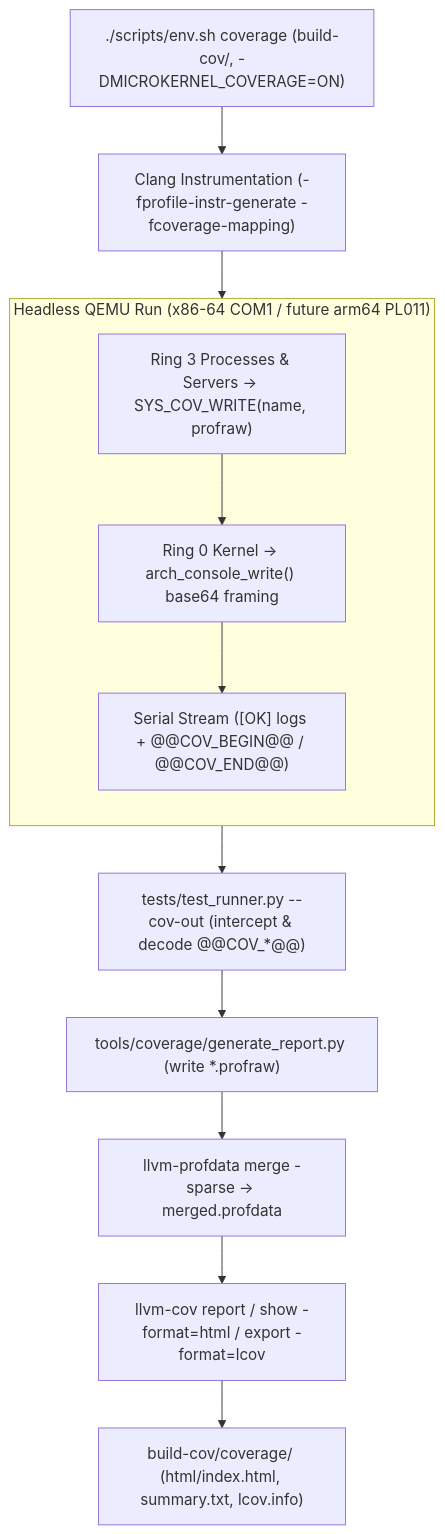
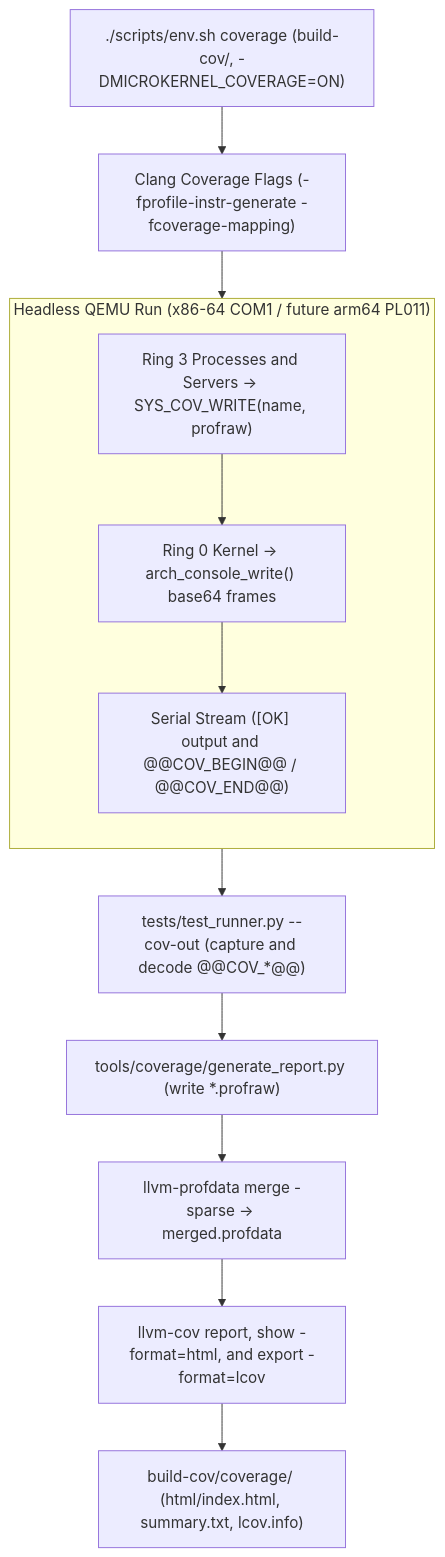
Before and after one commit to Deniz-Eren/microkernel: the diagram in docs/30-architecture/adr/ADR_0025.md, drawn with Mermaid. The commit also changed other lines of this file and 151 other files, not shown here.

````diff
--- a/docs/30-architecture/adr/ADR_0025.md
+++ b/docs/30-architecture/adr/ADR_0025.md
@@ -23,22 +24,22 @@
 ```mermaid
 flowchart TD
     CFG["./scripts/env.sh coverage (build-cov/, -DMICROKERNEL_COVERAGE=ON)"]
-    BLD["Clang Instrumentation (-fprofile-instr-generate -fcoverage-mapping)"]
+    BLD["Clang Coverage Flags (-fprofile-instr-generate -fcoverage-mapping)"]
 
     subgraph QEMU["Headless QEMU Run (x86-64 COM1 / future arm64 PL011)"]
         direction TB
-        R3["Ring 3 Processes & Servers -> SYS_COV_WRITE(name, profraw)"]
-        R0["Ring 0 Kernel -> arch_console_write() base64 framing"]
-        CON["Serial Stream ([OK] logs + @@COV_BEGIN@@ / @@COV_END@@)"]
+        R3["Ring 3 Processes and Servers -> SYS_COV_WRITE(name, profraw)"]
+        R0["Ring 0 Kernel -> arch_console_write() base64 frames"]
+        CON["Serial Stream ([OK] output and @@COV_BEGIN@@ / @@COV_END@@)"]
         R3 --> R0 --> CON
     end
 
-    RUN["tests/test_runner.py --cov-out (intercept & decode @@COV_*@@)"]
+    RUN["tests/test_runner.py --cov-out (capture and decode @@COV_*@@)"]
     GEN["tools/coverage/generate_report.py (write *.profraw)"]
     MRG["llvm-profdata merge -sparse -> merged.profdata"]
-    REP["llvm-cov report / show -format=html / export -format=lcov"]
+    REP["llvm-cov report, show -format=html, and export -format=lcov"]
     OUT["build-cov/coverage/ (html/index.html, summary.txt, lcov.info)"]
 
     CFG --> BLD --> QEMU
     CON --> RUN --> GEN --> MRG --> REP --> OUT
 ```
````
